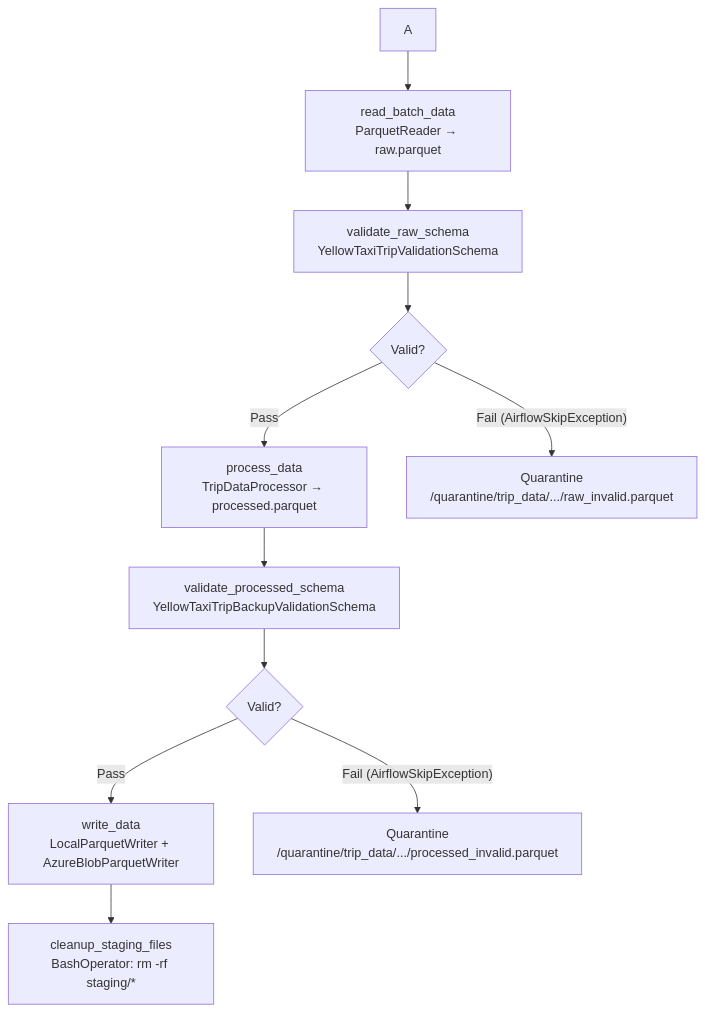
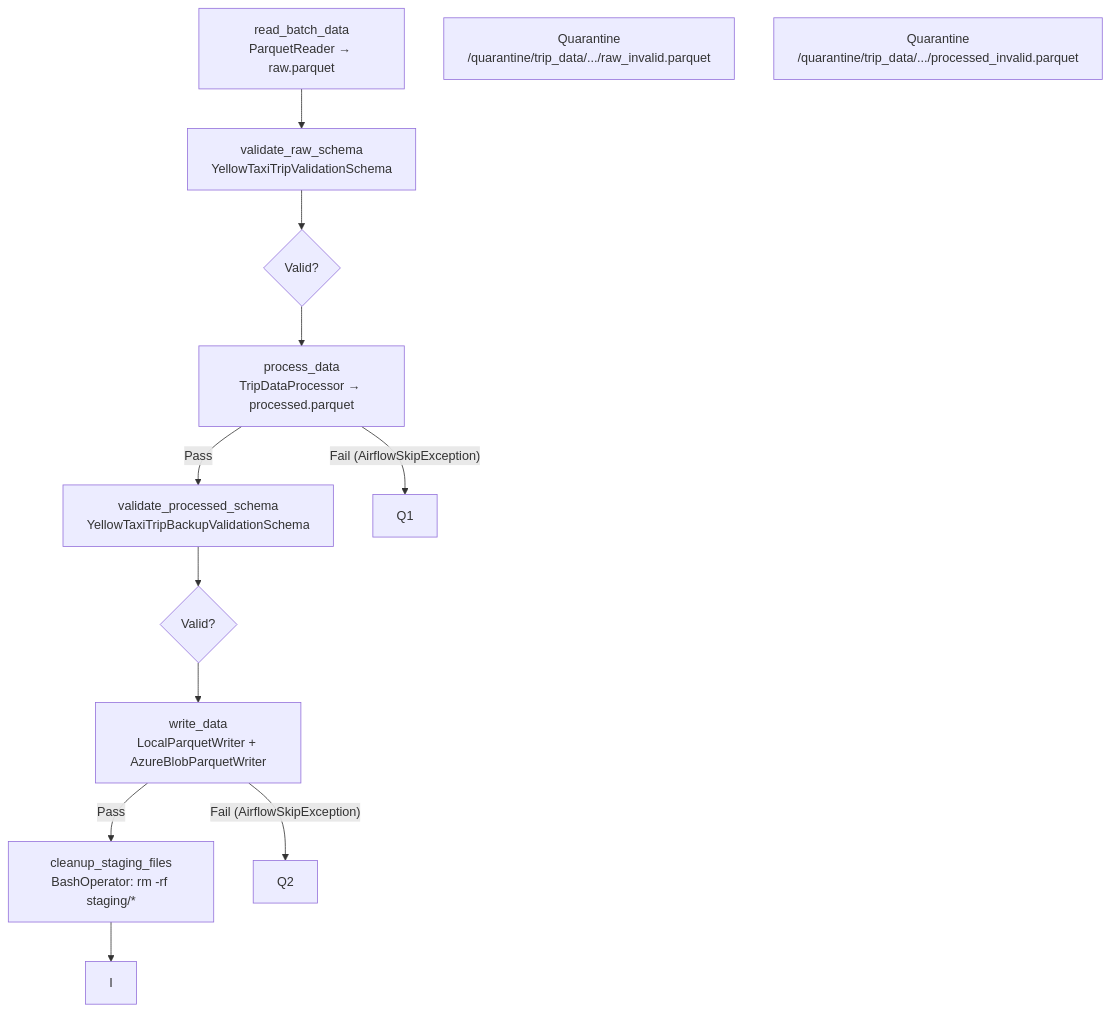
One commit to Juangmz7/Data-Engineering-Pipeline changed the first of 3 diagrams in README.md. Above: the diagram before and after it, drawn with Mermaid.

Commit message:
Revise flowchart nodes in README.md
Updated flowchart nodes in README to reflect new naming.

````diff
--- a/README.md
+++ b/README.md
@@ -309,19 +309,19 @@
 ```mermaid
 flowchart TD
-    B["read_batch_data\nParquetReader → raw.parquet"]
-    C["validate_raw_schema\nYellowTaxiTripValidationSchema"]
-    D{"Valid?"}
-    E["process_data\nTripDataProcessor → processed.parquet"]
-    F["validate_processed_schema\nYellowTaxiTripBackupValidationSchema"]
-    G{"Valid?"}
-    H["write_data\nLocalParquetWriter + AzureBlobParquetWriter"]
-    I["cleanup_staging_files\nBashOperator: rm -rf staging/*"]
-    Q1["Quarantine\n/quarantine/trip_data/.../raw_invalid.parquet"]
-    Q2["Quarantine\n/quarantine/trip_data/.../processed_invalid.parquet"]
+    A["read_batch_data\nParquetReader → raw.parquet"]
+    B["validate_raw_schema\nYellowTaxiTripValidationSchema"]
+    C{"Valid?"}
+    D["process_data\nTripDataProcessor → processed.parquet"]
+    E["validate_processed_schema\nYellowTaxiTripBackupValidationSchema"]
+    F{"Valid?"}
+    G["write_data\nLocalParquetWriter + AzureBlobParquetWriter"]
+    H["cleanup_staging_files\nBashOperator: rm -rf staging/*"]
+    I1["Quarantine\n/quarantine/trip_data/.../raw_invalid.parquet"]
+    I2["Quarantine\n/quarantine/trip_data/.../processed_invalid.parquet"]
 
     A --> B --> C --> D
     D -- "Pass" --> E --> F --> G
     D -- "Fail (AirflowSkipException)" --> Q1
     G -- "Pass" --> H --> I
     G -- "Fail (AirflowSkipException)" --> Q2
 ```
````
